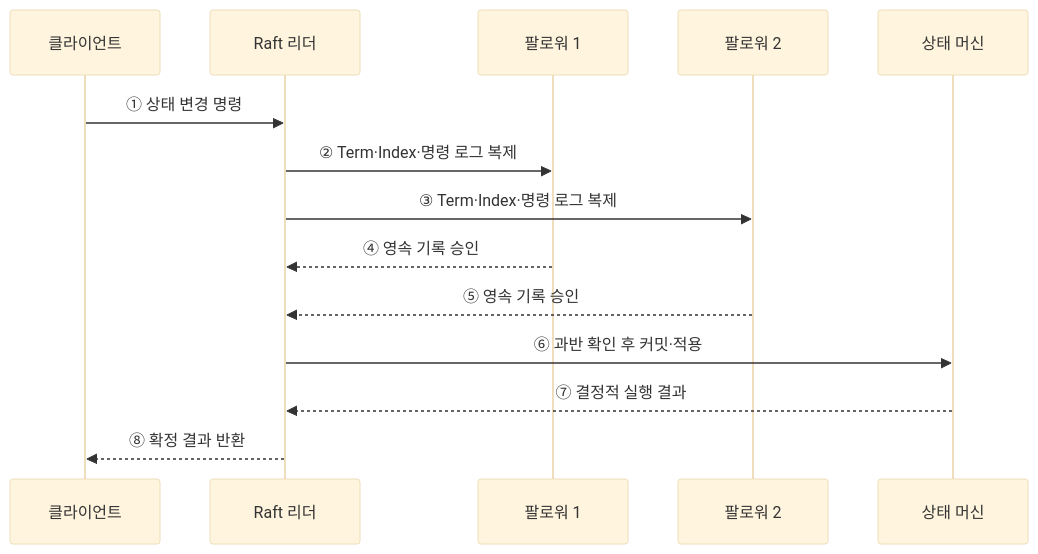
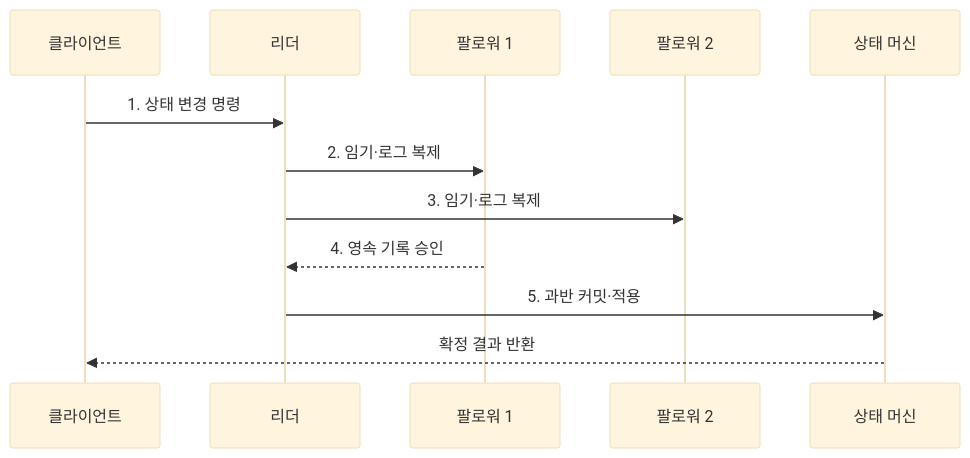
The second of 2 diagrams in src/content/docs/notes/03-software/177_distributed_consensus_raft_paxos.md (agnusdei1207/knowledge-base), drawn with Mermaid (base theme) before and after one commit. The commit also changed other lines of this file and 20 other files, not shown here.

````diff
--- a/src/content/docs/notes/03-software/177_distributed_consensus_raft_paxos.md
+++ b/src/content/docs/notes/03-software/177_distributed_consensus_raft_paxos.md
@@ -74,16 +83,14 @@
 ```mermaid
 sequenceDiagram
     participant C as 클라이언트
-    participant L as Raft 리더
+    participant L as 리더
     participant F1 as 팔로워 1
     participant F2 as 팔로워 2
     participant S as 상태 머신
-    C->>L: ① 상태 변경 명령
-    L->>F1: ② Term·Index·명령 로그 복제
-    L->>F2: ③ Term·Index·명령 로그 복제
-    F1-->>L: ④ 영속 기록 승인
-    F2-->>L: ⑤ 영속 기록 승인
-    L->>S: ⑥ 과반 확인 후 커밋·적용
-    S-->>L: ⑦ 결정적 실행 결과
-    L-->>C: ⑧ 확정 결과 반환
+    C->>L: 1. 상태 변경 명령
+    L->>F1: 2. 임기·로그 복제
+    L->>F2: 3. 임기·로그 복제
+    F1-->>L: 4. 영속 기록 승인
+    L->>S: 5. 과반 커밋·적용
+    S-->>C: 확정 결과 반환
 ```
````
